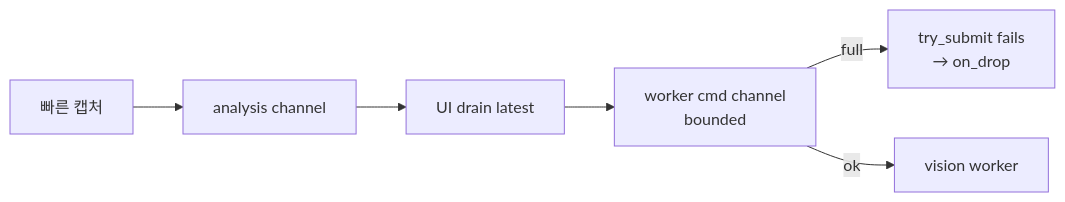
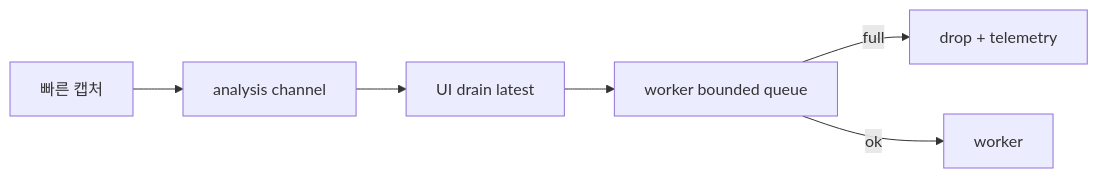
The eighth of 8 diagrams in 파이프라인.md (NAMUORI00/display-share), drawn with Mermaid before and after one commit. The commit also changed other lines of this file and 25 other files, not shown here.

First line of the commit message:
docs(wiki): complete pages for current privacy/DXGI architecture

````diff
--- a/파이프라인.md
+++ b/파이프라인.md
@@ -200,8 +163,8 @@
 ```mermaid
 flowchart LR
-  CAP["빠른 캡처"] --> Q1["analysis channel"]
-  Q1 --> UI["UI drain latest"]
-  UI --> Q2["worker cmd channel<br/>bounded"]
-  Q2 -->|full| DROP["try_submit fails<br/>→ on_drop"]
-  Q2 -->|ok| VW["vision worker"]
+  CAP[빠른 캡처] --> Q1[analysis channel]
+  Q1 --> UI[UI drain latest]
+  UI --> Q2[worker bounded queue]
+  Q2 -->|full| DROP[drop + telemetry]
+  Q2 -->|ok| VW[worker]
 ```
````
